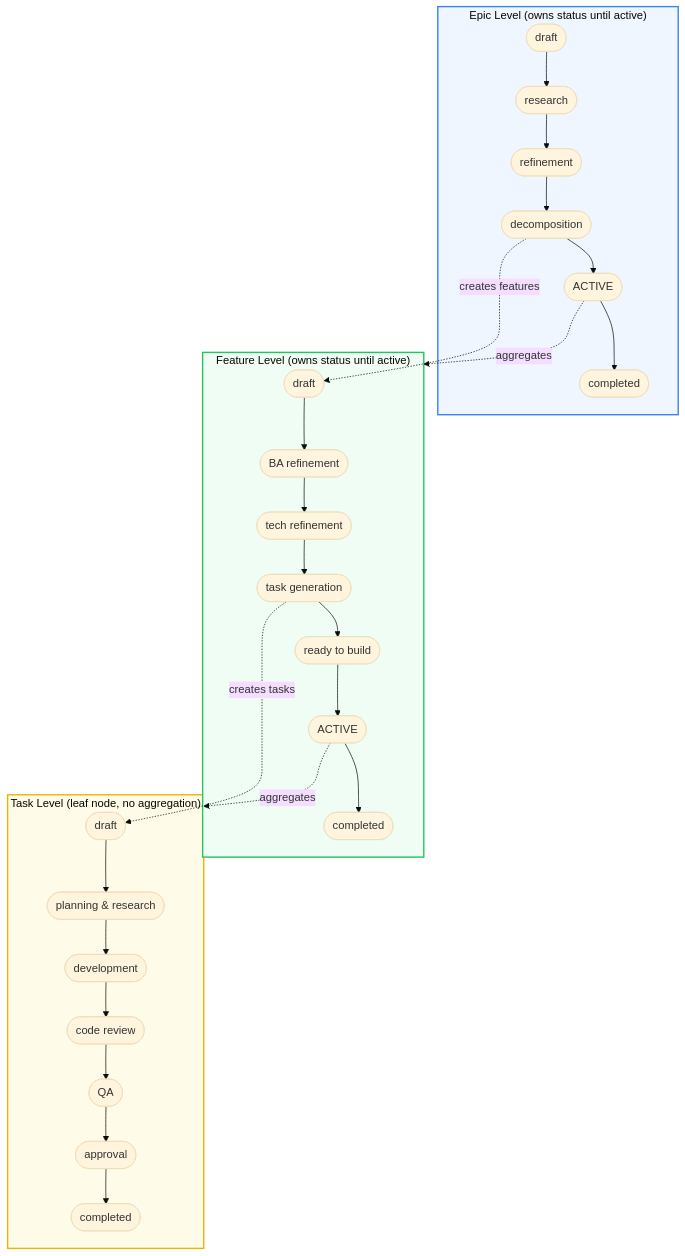
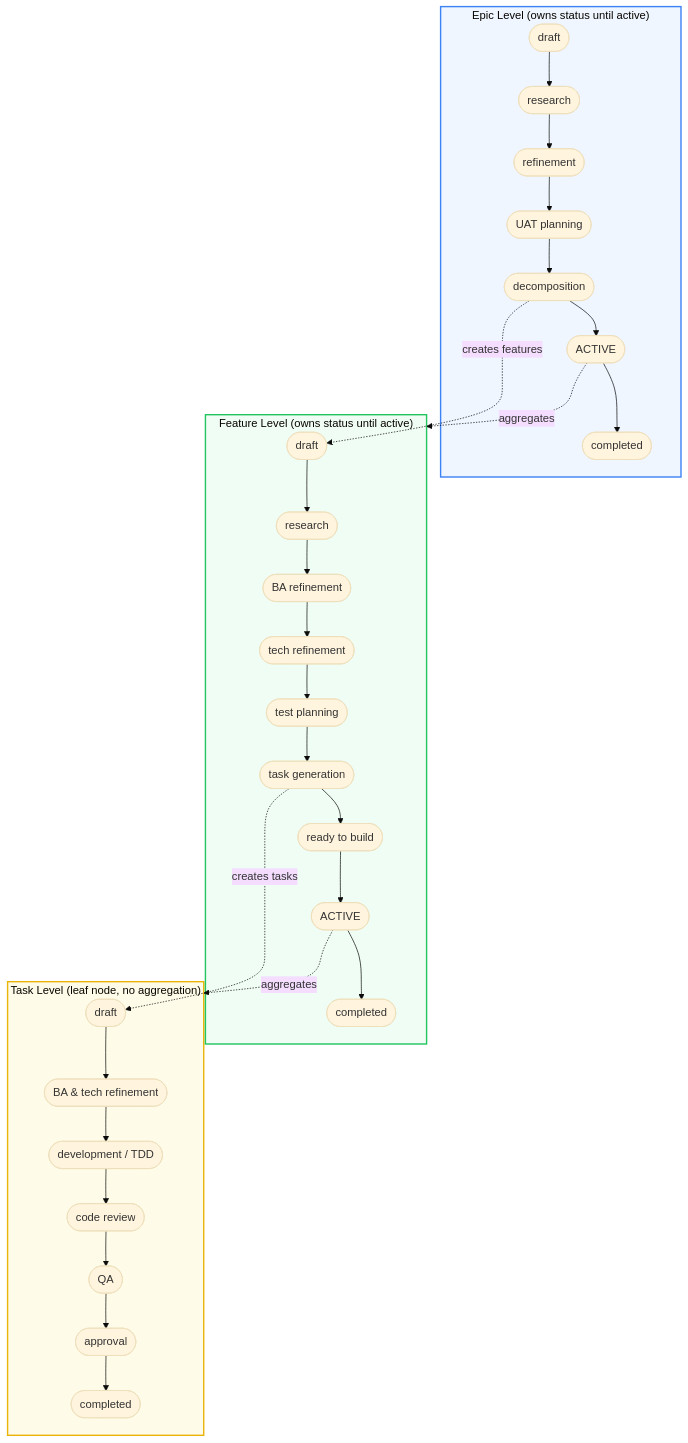
The eighth of 8 diagrams in docs/guides/multi-level-workflow.md (jwwelbor/shark-task-manager), drawn with Mermaid (base theme) before and after one commit. The commit also changed other lines of this file and 1 other file, not shown here.

````diff
--- a/docs/guides/multi-level-workflow.md
+++ b/docs/guides/multi-level-workflow.md
@@ -284,38 +348,41 @@
 ```mermaid
 flowchart TB
     subgraph Epic["Epic Level (owns status until active)"]
         e_draft([draft]) --> e_research([research])
         e_research --> e_refine([refinement])
-        e_refine --> e_decompose([decomposition])
+        e_refine --> e_test([UAT planning])
+        e_test --> e_decompose([decomposition])
         e_decompose --> e_active([ACTIVE])
         e_active --> e_complete([completed])
     end
 
     subgraph Feature["Feature Level (owns status until active)"]
-        f_draft([draft]) --> f_ba([BA refinement])
+        f_draft([draft]) --> f_research([research])
+        f_research --> f_ba([BA refinement])
         f_ba --> f_tech([tech refinement])
-        f_tech --> f_tasks([task generation])
+        f_tech --> f_test([test planning])
+        f_test --> f_tasks([task generation])
         f_tasks --> f_build([ready to build])
         f_build --> f_active([ACTIVE])
         f_active --> f_complete([completed])
     end
 
     subgraph Task["Task Level (leaf node, no aggregation)"]
-        t_draft([draft]) --> t_plan([planning & research])
-        t_plan --> t_dev([development])
+        t_draft([draft]) --> t_plan([BA & tech refinement])
+        t_plan --> t_dev([development / TDD])
         t_dev --> t_review([code review])
         t_review --> t_qa([QA])
         t_qa --> t_approve([approval])
         t_approve --> t_complete([completed])
     end
 
     e_decompose -.->|creates features| f_draft
     f_tasks -.->|creates tasks| t_draft
 
     e_active -.->|aggregates| Feature
     f_active -.->|aggregates| Task
 
     style Epic fill:#eff6ff,stroke:#3b82f6,stroke-width:2px
     style Feature fill:#f0fdf4,stroke:#22c55e,stroke-width:2px
     style Task fill:#fefce8,stroke:#eab308,stroke-width:2px
 ```
````
